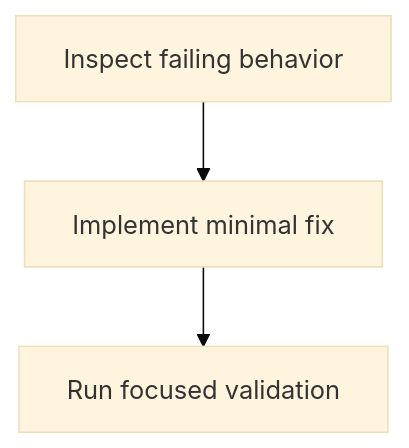
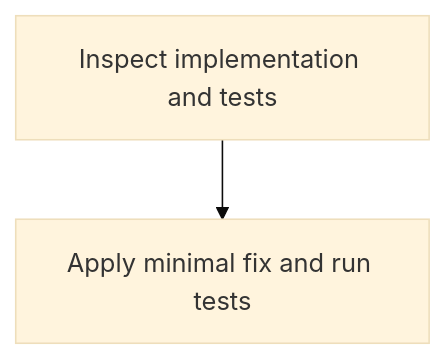
The diagram in .factory/issues/2/requirements.md (md-software-factory/todo-app), drawn with Mermaid (base theme) before and after one commit. The commit also changed other lines of this file and 11 other files, not shown here.

````diff
--- a/.factory/issues/2/requirements.md
+++ b/.factory/issues/2/requirements.md
@@ -31,5 +31,4 @@
 ```mermaid
 flowchart TD
-  A[Inspect failing behavior]-->B[Implement minimal fix]
-  B-->C[Run focused validation]
+  A[Inspect implementation and tests]-->B[Apply minimal fix and run tests]
 ```
````
